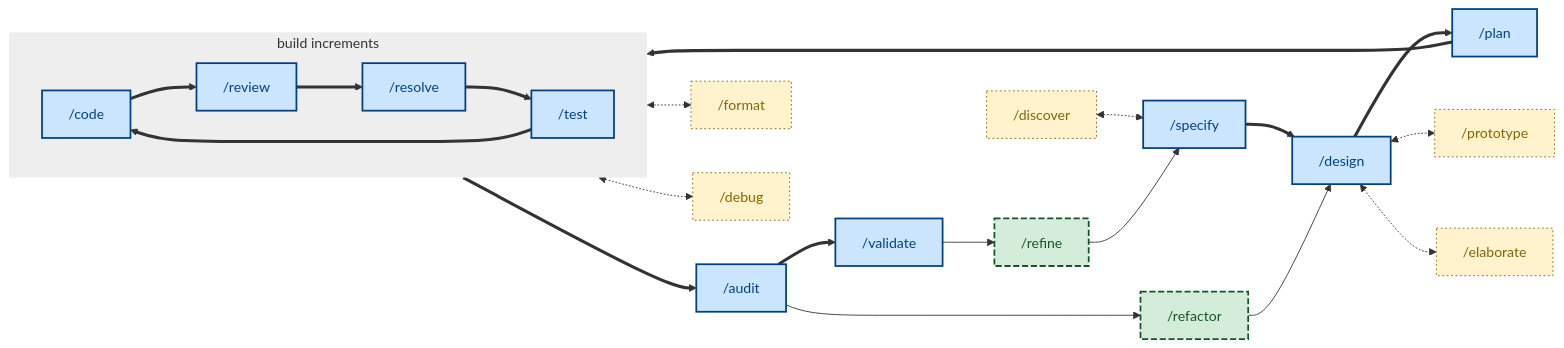
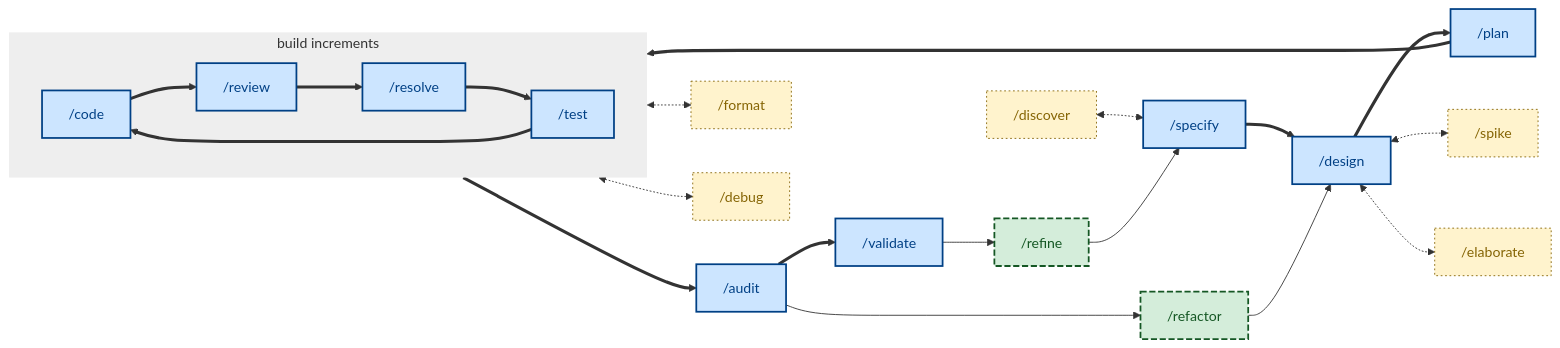
The diagram in README.md (kieranpotts/skills), drawn with Mermaid before and after one commit. The commit also changed other lines of this file and 3 other files, not shown here.

Commit message:
chore: rename "prototype" to "spike"

````diff
--- a/README.md
+++ b/README.md
@@ -45,55 +45,55 @@
 ```mermaid
 flowchart LR
   %% Node labels and classes (declared up front so they hold inside and outside the subgraph).
   discover["/discover"]:::tertiary
   specify["/specify"]:::primary
   design["/design"]:::primary
   plan["/plan"]:::primary
   code["/code"]:::primary
   review["/review"]:::primary
   resolve["/resolve"]:::primary
   test["/test"]:::primary
   audit["/audit"]:::primary
   validate["/validate"]:::primary
-  prototype["/prototype"]:::tertiary
+  spike["/spike"]:::tertiary
   elaborate["/elaborate"]:::tertiary
   format["/format"]:::tertiary
   debug["/debug"]:::tertiary
   refactor["/refactor"]:::secondary
   refine["/refine"]:::secondary
 
   %% Main workflow sequence.
   specify ==> design
   design ==> plan
   plan ==> code
   subgraph build_increments [build increments]
     direction LR
     code ==> review
     review ==> resolve
     resolve ==> test
     test ==> code
   end
   test ==> audit
   audit ==> validate
 
   %% Callouts to helpers.
   discover <-.-> specify
-  design <-.-> prototype
+  design <-.-> spike
   design <-.-> elaborate
   code <-.-> format
   test <-.-> debug
 
   %% Feedback loops.
   audit --> refactor
   refactor --> design
   validate --> refine
   refine --> specify
 
   %% Class definitions.
   classDef primary fill:#cce5ff,stroke:#004085,color:#004085,stroke-width:2px
   classDef secondary fill:#d4edda,stroke:#155724,color:#155724,stroke-width:2px,stroke-dasharray:7 3
   classDef tertiary fill:#fff3cd,stroke:#856404,color:#856404,stroke-width:1px,stroke-dasharray:2 3
 
   %% Subgraph (loop) border styling.
   style build_increments fill:#EEEEEE,stroke-width:0px
 ```
````
